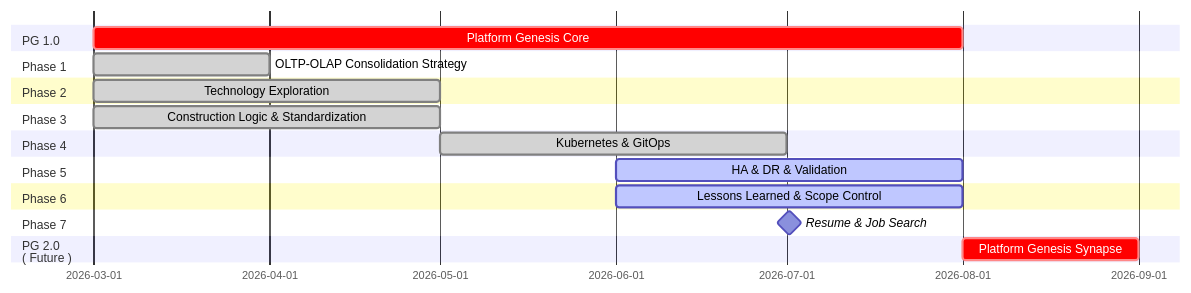
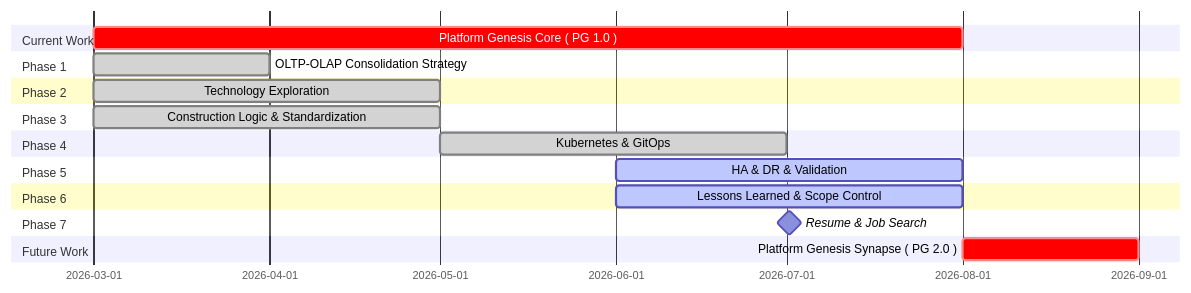
One commit to Junwu0615/PG-Core changed the diagram in README.md. Above: the diagram before and after it, drawn with Mermaid.

Commit message:
update somethings

````diff
--- a/README.md
+++ b/README.md
@@ -872,31 +872,31 @@
 ```mermaid
 gantt
     dateFormat YYYY-MM
 
-    section PG 1.0
-    Platform Genesis Core                                :crit, a0, 2026-03, 5M
+    section Current Work
+    Platform Genesis Core ( PG 1.0 )            :crit, a0, 2026-03, 5M
     
     section Phase 1
     OLTP-OLAP Consolidation Strategy            :done, a1, 2026-03, 1M
 
     section Phase 2
     Technology Exploration                      :done, a2, 2026-03, 2M
 
     section Phase 3
     Construction Logic & Standardization        :done, a3, 2026-03, 2M
 
     section Phase 4
     Kubernetes & GitOps                         :done, a4, 2026-05, 2M
 
     section Phase 5
     HA & DR & Validation                        :active, a5, 2026-06, 2M
 
     section Phase 6
     Lessons Learned & Scope Control             :active, a6, 2026-06, 2M
 
     section Phase 7
     Resume & Job Search                         :milestone, a7, 2026-07, 1d
 
-    section PG 2.0<br>( Future )
-    Platform Genesis Synapse                             :crit, a8, 2026-08, 1M
+    section Future Work
+    Platform Genesis Synapse ( PG 2.0 )         :crit, a8, 2026-08, 1M
 ```
````
